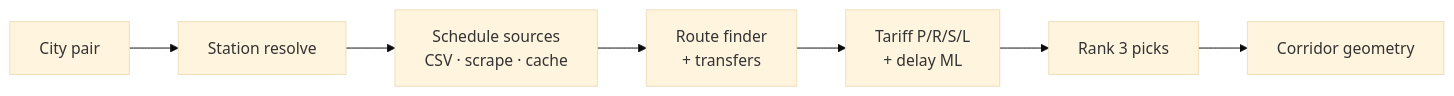
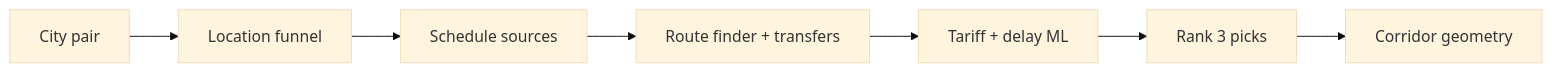
Before and after one commit to kvb1201/LogiFlow-Solution-Challenge-2026: the third of 6 diagrams in README.md, drawn with Mermaid (base theme). The commit also changed other lines of this file and 33 other files, not shown here.

First line of the commit message:
Refactor implementation documentation and update platform architecture

````diff
--- a/README.md
+++ b/README.md
@@ -157,9 +169,9 @@
 ```mermaid
 flowchart LR
-    A["City pair"] --> B["Station resolve"]
-    B --> C["Schedule sources\nCSV · scrape · cache"]
-    C --> D["Route finder\n+ transfers"]
-    D --> E["Tariff P/R/S/L\n+ delay ML"]
+    A["City pair"] --> B["Location funnel"]
+    B --> C["Schedule sources"]
+    C --> D["Route finder + transfers"]
+    D --> E["Tariff + delay ML"]
     E --> F["Rank 3 picks"]
     F --> G["Corridor geometry"]
 ```
````
